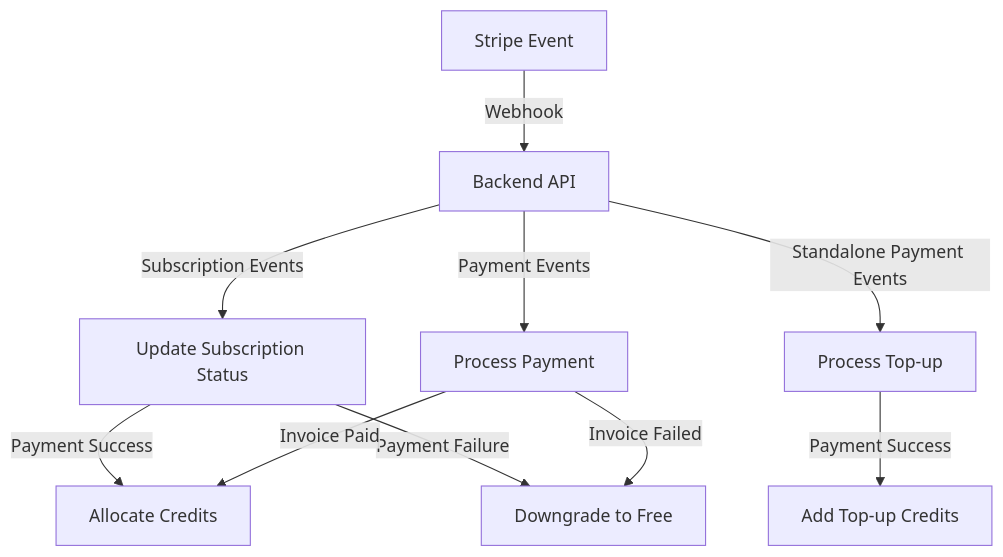
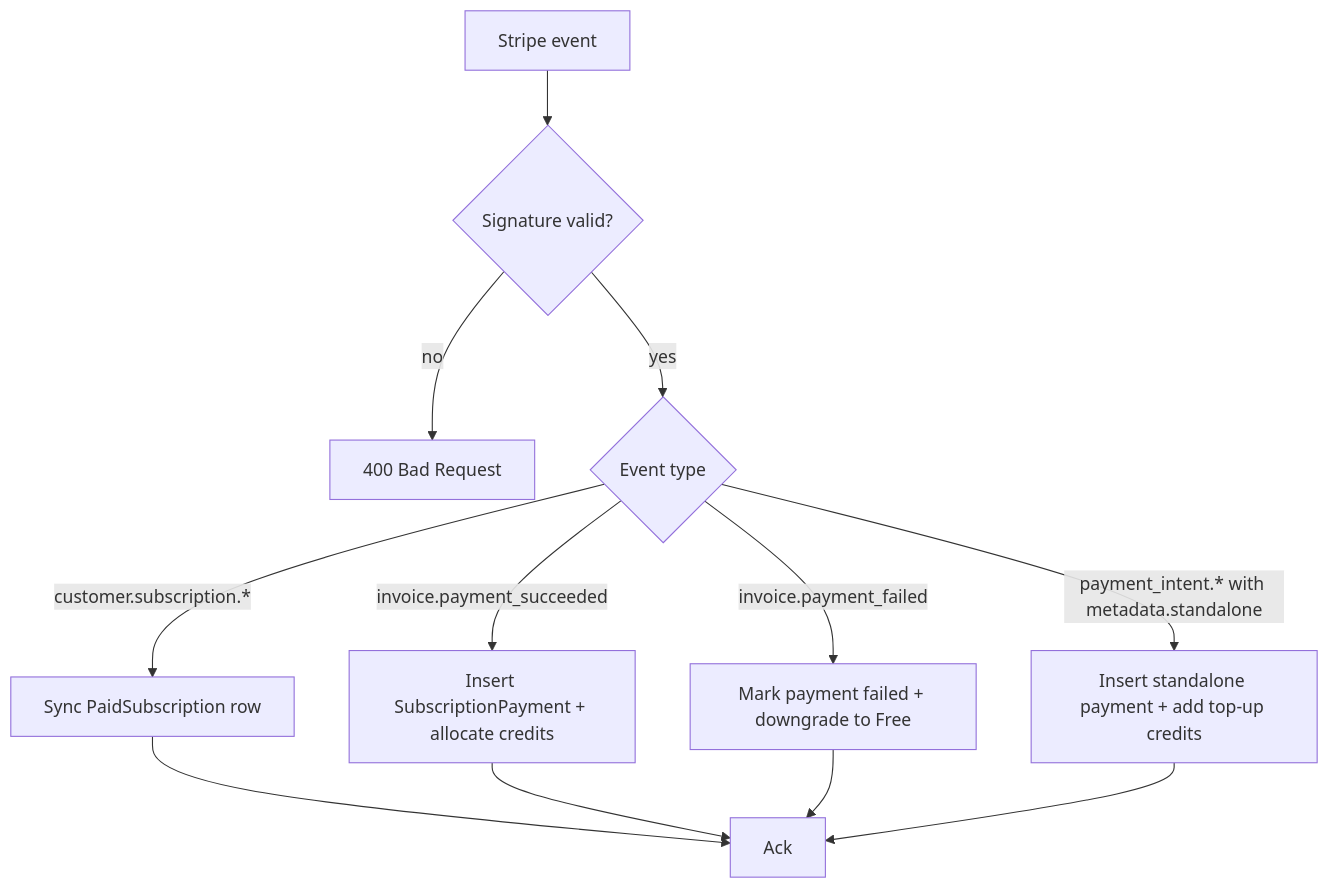
Before and after one commit to openbraininstitute/virtual-lab-api: the sixth of 8 diagrams in SUBSCRIPTION.md, drawn with Mermaid. The commit also changed other lines of this file and 1 other file, not shown here.

Commit message:
chore: update readme and subscription documentation

````diff
--- a/SUBSCRIPTION.md
+++ b/SUBSCRIPTION.md
@@ -142,12 +354,14 @@
 ```mermaid
 graph TD
-    A[Stripe Event] -->|Webhook| B[Backend API]
-    B -->|Subscription Events| C[Update Subscription Status]
-    B -->|Payment Events| D[Process Payment]
-    B -->|Standalone Payment Events| E[Process Top-up]
-    C -->|Payment Success| F[Allocate Credits]
-    C -->|Payment Failure| G[Downgrade to Free]
-    D -->|Invoice Paid| F
-    D -->|Invoice Failed| G
-    E -->|Payment Success| H[Add Top-up Credits]
+    A[Stripe event] --> B{Signature valid?}
+    B -- no --> X[400 Bad Request]
+    B -- yes --> C{Event type}
+    C -->|customer.subscription.*| D[Sync PaidSubscription row]
+    C -->|invoice.payment_succeeded| E[Insert SubscriptionPayment + allocate credits]
+    C -->|invoice.payment_failed| F[Mark payment failed + downgrade to Free]
+    C -->|payment_intent.* with metadata.standalone| G[Insert standalone payment + add top-up credits]
+    D --> Z[Ack]
+    E --> Z
+    F --> Z
+    G --> Z
 ```
````
